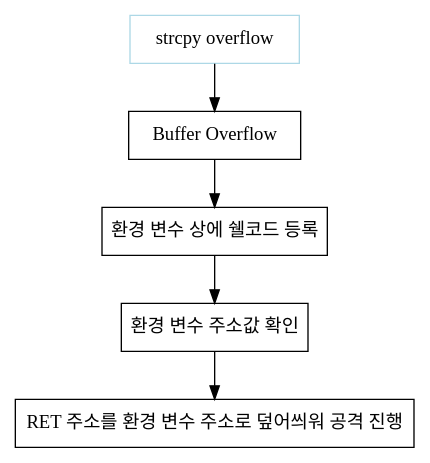
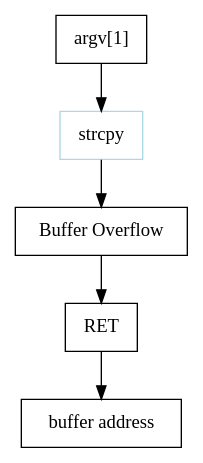
The diagram in docs/wargame/pwnable/lob4.rst (joizel/ctf_writeup), drawn with Graphviz before and after one commit. The commit also changed other lines of this file and 3 other files, not shown here.

```diff
--- a/docs/wargame/pwnable/lob4.rst
+++ b/docs/wargame/pwnable/lob4.rst
@@ -6,11 +6,11 @@
 .. graphviz::
 
     digraph foo {
         a -> b -> c -> d -> e;
 
-        a [shape=box, color=lightblue, label="strcpy overflow"];
-        b [shape=box, label="Buffer Overflow"];
-        c [shape=box, label="환경 변수 상에 쉘코드 등록"];
-        d [shape=box, label="환경 변수 주소값 확인"];
-        e [shape=box, label="RET 주소를 환경 변수 주소로 덮어씌워 공격 진행"];
+        a [shape=box, label="argv[1]"];
+        b [shape=box, color=lightblue, label="strcpy"];
+        c [shape=box, label="Buffer Overflow"];
+        d [shape=box, label="RET"];
+        e [shape=box, label="buffer address"];
     }
```
